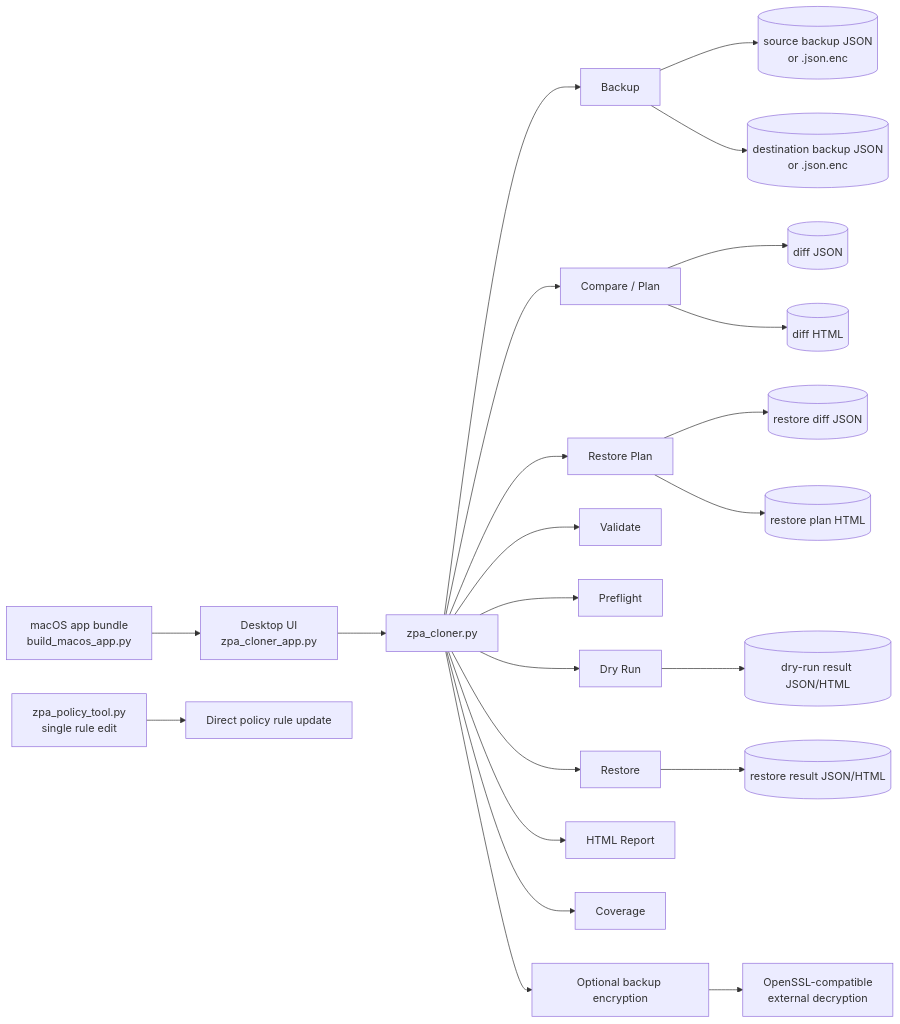
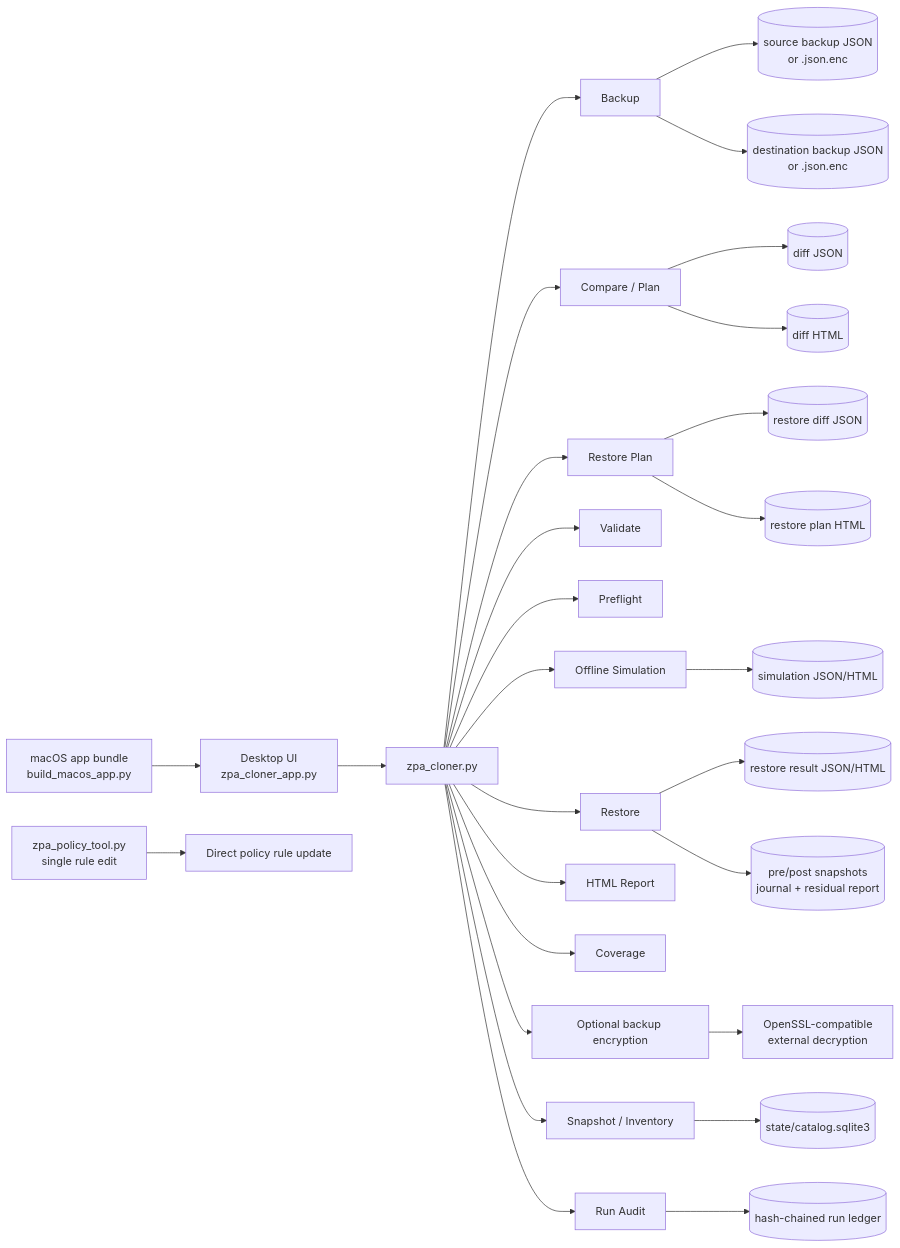
The first of 13 diagrams in docs/PROCESS.md (EggertsIT/ZPA-BackupNrestore), drawn with Mermaid before and after one commit. The commit also changed other lines of this file and 246 other files, not shown here.

````diff
--- a/docs/PROCESS.md
+++ b/docs/PROCESS.md
@@ -9,28 +9,33 @@
 ```mermaid
 flowchart LR
     UI[Desktop UI<br/>zpa_cloner_app.py] --> CLI[zpa_cloner.py]
     AppBundle[macOS app bundle<br/>build_macos_app.py] --> UI
 
     CLI --> Backup[Backup]
     CLI --> Compare[Compare / Plan]
     CLI --> RestorePlan[Restore Plan]
     CLI --> Validate[Validate]
     CLI --> Preflight[Preflight]
-    CLI --> DryRun[Dry Run]
+    CLI --> Simulation[Offline Simulation]
     CLI --> Restore[Restore]
     CLI --> Report[HTML Report]
     CLI --> Coverage[Coverage]
     CLI --> Encryption[Optional backup encryption]
+    CLI --> SnapshotCatalog[Snapshot / Inventory]
+    CLI --> RunAudit[Run Audit]
 
     SingleRule[zpa_policy_tool.py<br/>single rule edit] --> DirectPolicyWrite[Direct policy rule update]
 
     Backup --> SourceBackup[(source backup JSON<br/>or .json.enc)]
     Backup --> DestinationBackup[(destination backup JSON<br/>or .json.enc)]
     Compare --> Diff[(diff JSON)]
     Compare --> CompareReport[(diff HTML)]
     RestorePlan --> RestoreDiff[(restore diff JSON)]
     RestorePlan --> RestoreReport[(restore plan HTML)]
-    DryRun --> DryRunResult[(dry-run result JSON/HTML)]
+    Simulation --> SimulationResult[(simulation JSON/HTML)]
     Restore --> RestoreResult[(restore result JSON/HTML)]
+    SnapshotCatalog --> Catalog[(state/catalog.sqlite3)]
+    RunAudit --> Ledger[(hash-chained run ledger)]
+    Restore --> RestoreChecks[(pre/post snapshots<br/>journal + residual report)]
     Encryption --> OpenSSL[OpenSSL-compatible<br/>external decryption]
 ```
````
